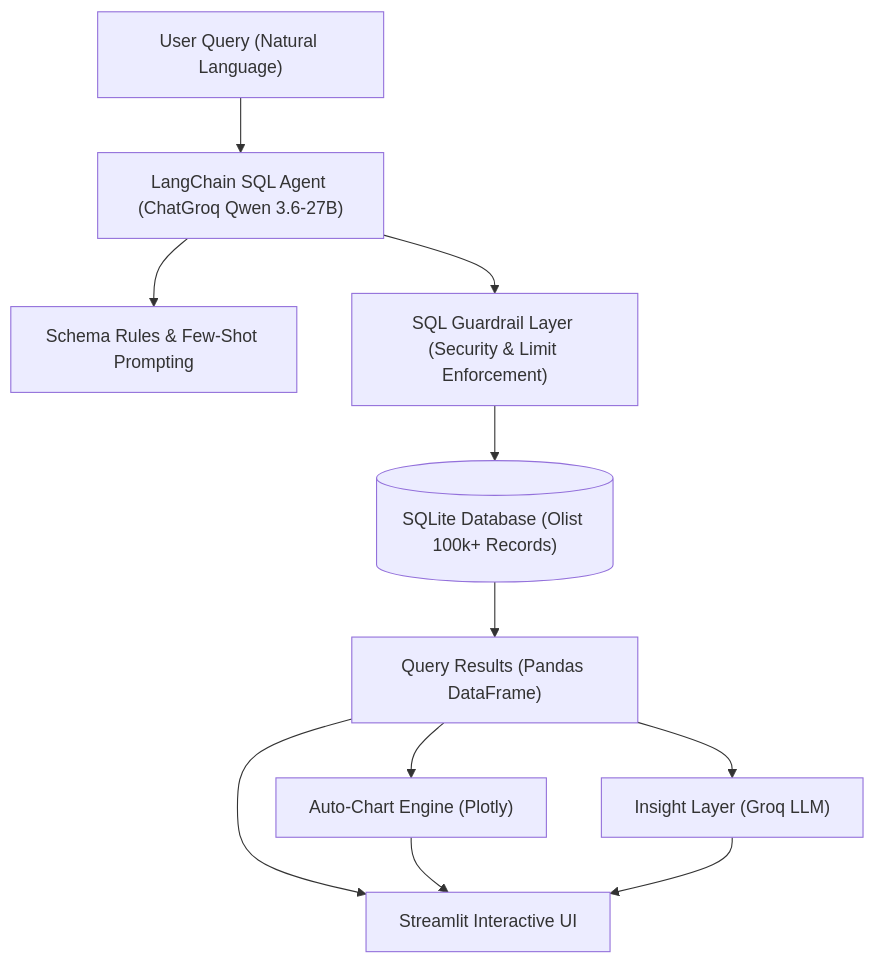
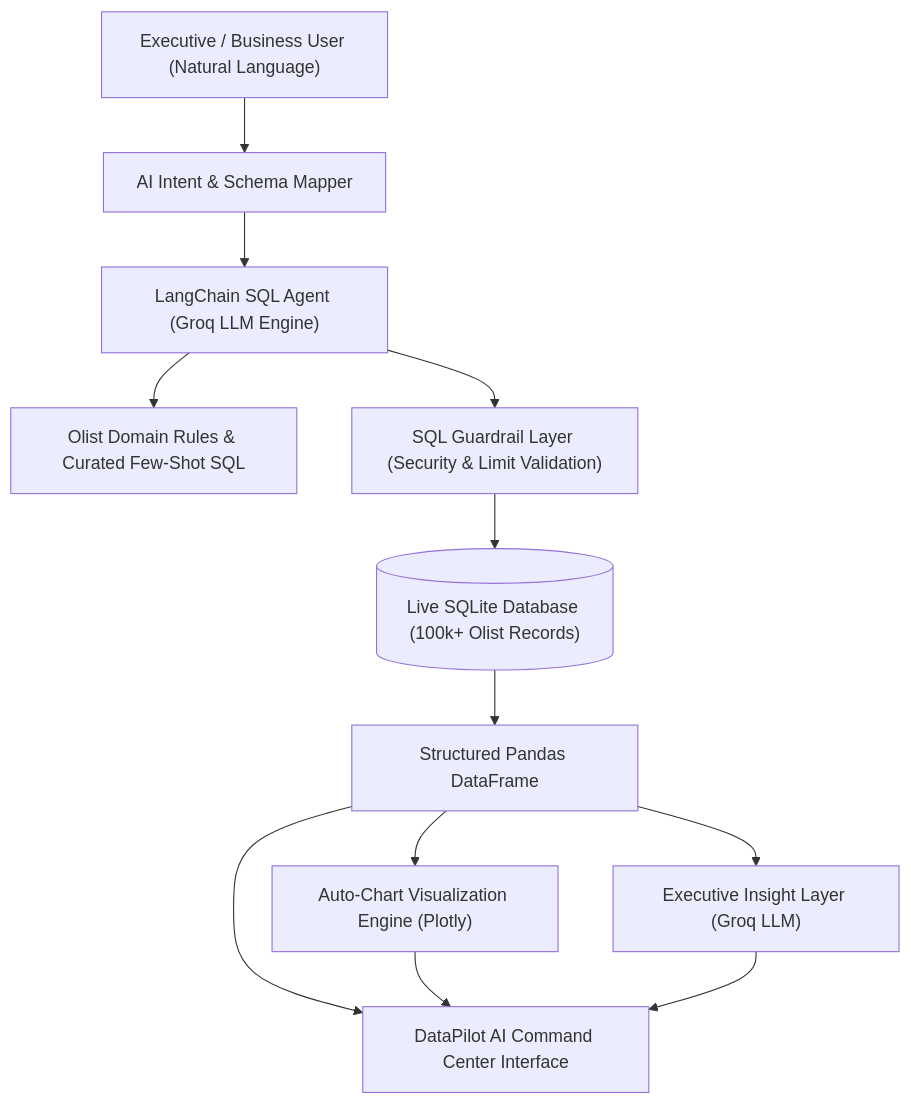
One commit to aliibtisam1001/Datapilot-AI changed the diagram in README.md. Above: the diagram before and after it, drawn with Mermaid. The commit also changed other lines of this file, not shown here.

Commit message:
Update README.md for DataPilot AI: Enterprise AI Business Intelligence Command Center

````diff
--- a/README.md
+++ b/README.md
@@ -26,13 +54,14 @@
 ```mermaid
 graph TD
-    User["User Query (Natural Language)"] --> Agent["LangChain SQL Agent (ChatGroq Qwen 3.6-27B)"]
-    Agent --> Prompts["Schema Rules & Few-Shot Prompting"]
-    Agent --> Guardrail["SQL Guardrail Layer (Security & Limit Enforcement)"]
-    Guardrail --> SQLite[("SQLite Database (Olist 100k+ Records)")]
-    SQLite --> ResultDF["Query Results (Pandas DataFrame)"]
-    ResultDF --> Visualizer["Auto-Chart Engine (Plotly)"]
-    ResultDF --> Explainer["Insight Layer (Groq LLM)"]
-    ResultDF --> StreamlitUI["Streamlit Interactive UI"]
+    User["Executive / Business User (Natural Language)"] --> Intent["AI Intent & Schema Mapper"]
+    Intent --> Agent["LangChain SQL Agent (Groq LLM Engine)"]
+    Agent --> Prompts["Olist Domain Rules & Curated Few-Shot SQL"]
+    Agent --> Guardrail["SQL Guardrail Layer (Security & Limit Validation)"]
+    Guardrail --> LiveDB[("Live SQLite Database (100k+ Olist Records)")]
+    LiveDB --> ResultDF["Structured Pandas DataFrame"]
+    ResultDF --> Visualizer["Auto-Chart Visualization Engine (Plotly)"]
+    ResultDF --> Explainer["Executive Insight Layer (Groq LLM)"]
+    ResultDF --> StreamlitUI["DataPilot AI Command Center Interface"]
     Visualizer --> StreamlitUI
     Explainer --> StreamlitUI
 ```
````
